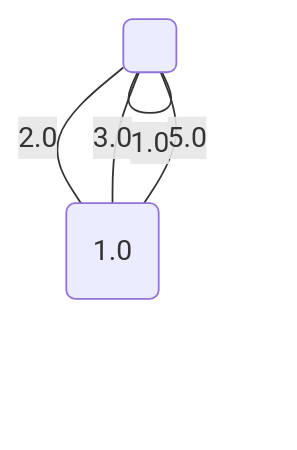
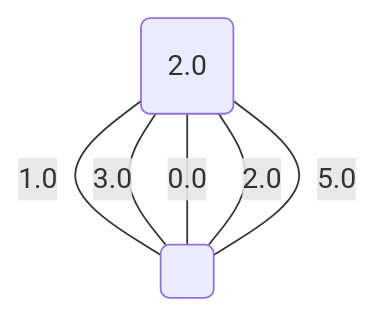
One commit to metury/graphs changed the fifth of 5 diagrams in project/src/testing/minCut.md. Above: the diagram before and after it, drawn with Mermaid. The commit also changed other lines of this file and 3 other files, not shown here.

````diff
--- a/project/src/testing/minCut.md
+++ b/project/src/testing/minCut.md
@@ -80,9 +81,10 @@
 ```mermaid
 graph TD;
-0("1.0");
+0("2.0");
 1(" ");
-	1 -- "1.0" --- 1;
+	1 -- "0.0" --- 0;
+	0 -- "1.0" --- 1;
 	1 -- "2.0" --- 0;
-	1 -- "3.0" --- 0;
+	0 -- "3.0" --- 1;
 	1 -- "5.0" --- 0;
 ```
````
